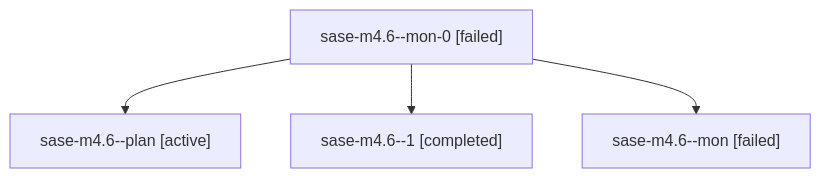
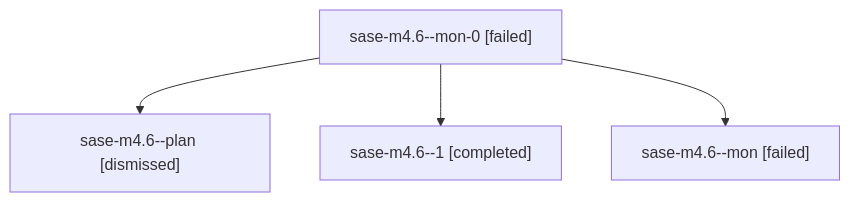
The diagram in sessions/bbugyi200.athena.sase-m4.6.md (sase-org/sase--agents), drawn with Mermaid before and after one commit. The commit also changed other lines of this file and 187 other files, not shown here.

````diff
--- a/sessions/bbugyi200.athena.sase-m4.6.md
+++ b/sessions/bbugyi200.athena.sase-m4.6.md
@@ -9,10 +9,10 @@
 ```mermaid
 flowchart TD
   n0["sase-m4.6--mon-0 [failed]"]
-  n1["sase-m4.6--plan [active]"]
+  n1["sase-m4.6--plan [dismissed]"]
   n0 --> n1
   n2["sase-m4.6--1 [completed]"]
   n0 --> n2
   n3["sase-m4.6--mon [failed]"]
   n0 --> n3
 ```
````
